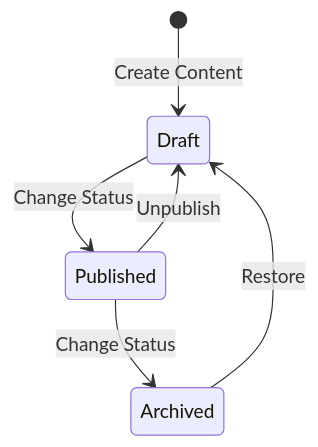
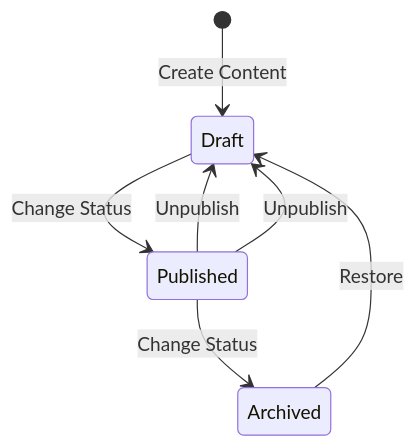
The second of 2 diagrams in README.md (BaryoDev/barakoCMS), drawn with Mermaid before and after one commit. The commit also changed other lines of this file and 28 other files, not shown here.

````diff
--- a/README.md
+++ b/README.md
@@ -193,8 +209,9 @@
 ```mermaid
 stateDiagram-v2
     [*] --> Draft: Create Content
     Draft --> Published: Change Status
     Published --> Archived: Change Status
     Archived --> Draft: Restore
     Published --> Draft: Unpublish
+    Published --> Draft: Unpublish
 ```
````
